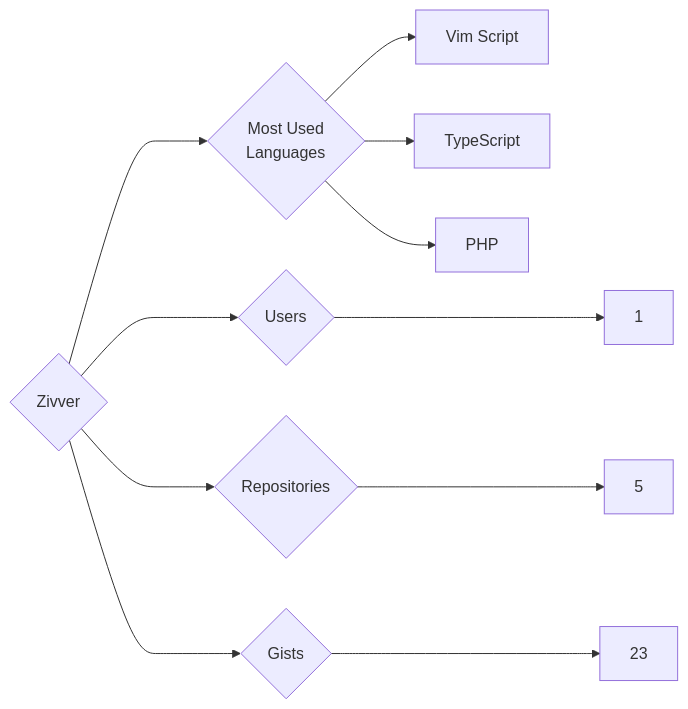
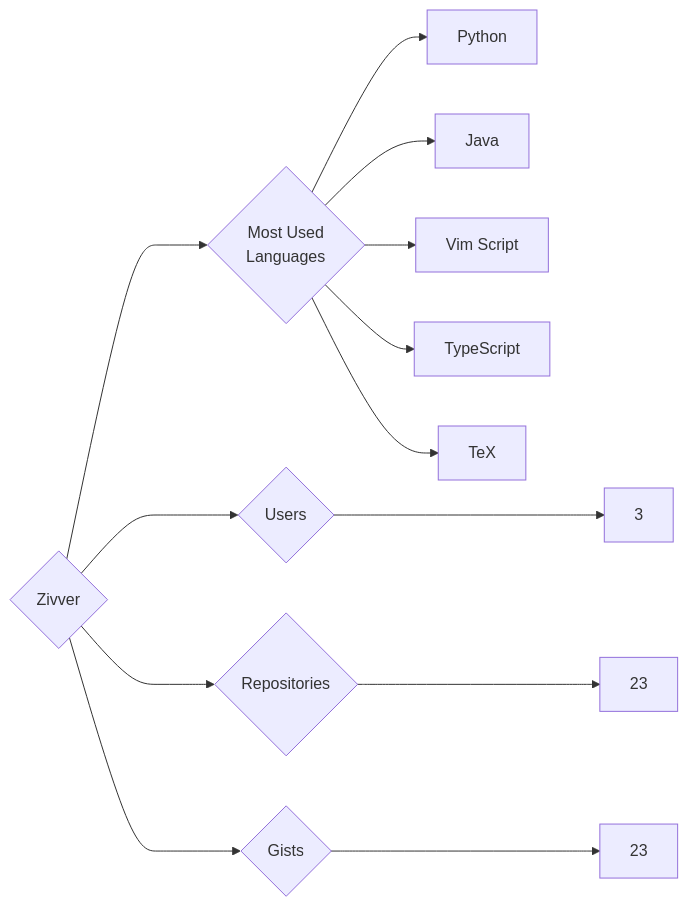
Before and after one commit to trickest/insiders: the diagram in targets/Zivver/README.md, drawn with Mermaid. The commit also changed 534 other files, not shown here.

````diff
--- a/targets/Zivver/README.md
+++ b/targets/Zivver/README.md
@@ -3,11 +3,13 @@
 ```mermaid
 graph LR
 COMPANY_NAME{Zivver}
-COMPANY_NAME ---> U{Users} ---> UN[1]
-COMPANY_NAME ---> R{Repositories} ---> RN[5]
+COMPANY_NAME ---> U{Users} ---> UN[3]
+COMPANY_NAME ---> R{Repositories} ---> RN[23]
 COMPANY_NAME ---> G{Gists} ---> GN[23]
 COMPANY_NAME ---> ML{Most Used<br>Languages}
+ML --> Python[Python]
+ML --> Java[Java]
 ML --> Vim_Script[Vim Script]
 ML --> TypeScript[TypeScript]
-ML --> PHP[PHP]
+ML --> TeX[TeX]
 ```
````
